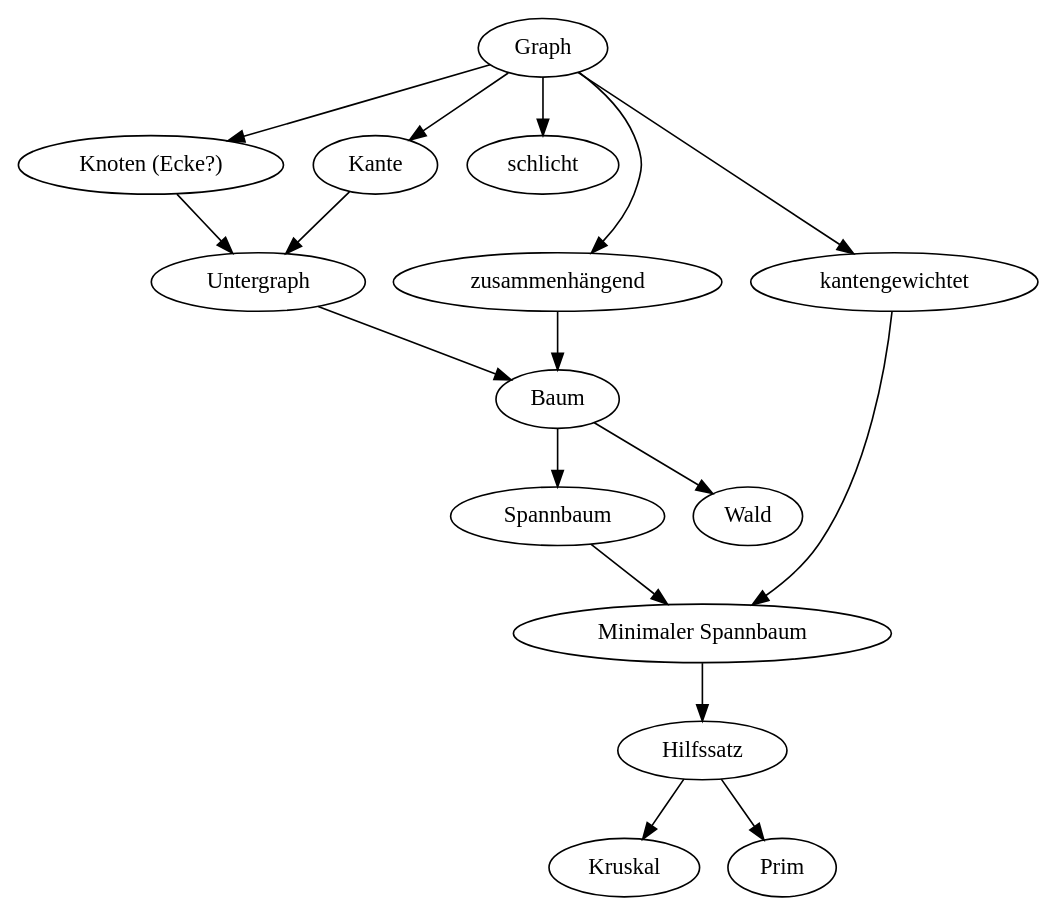
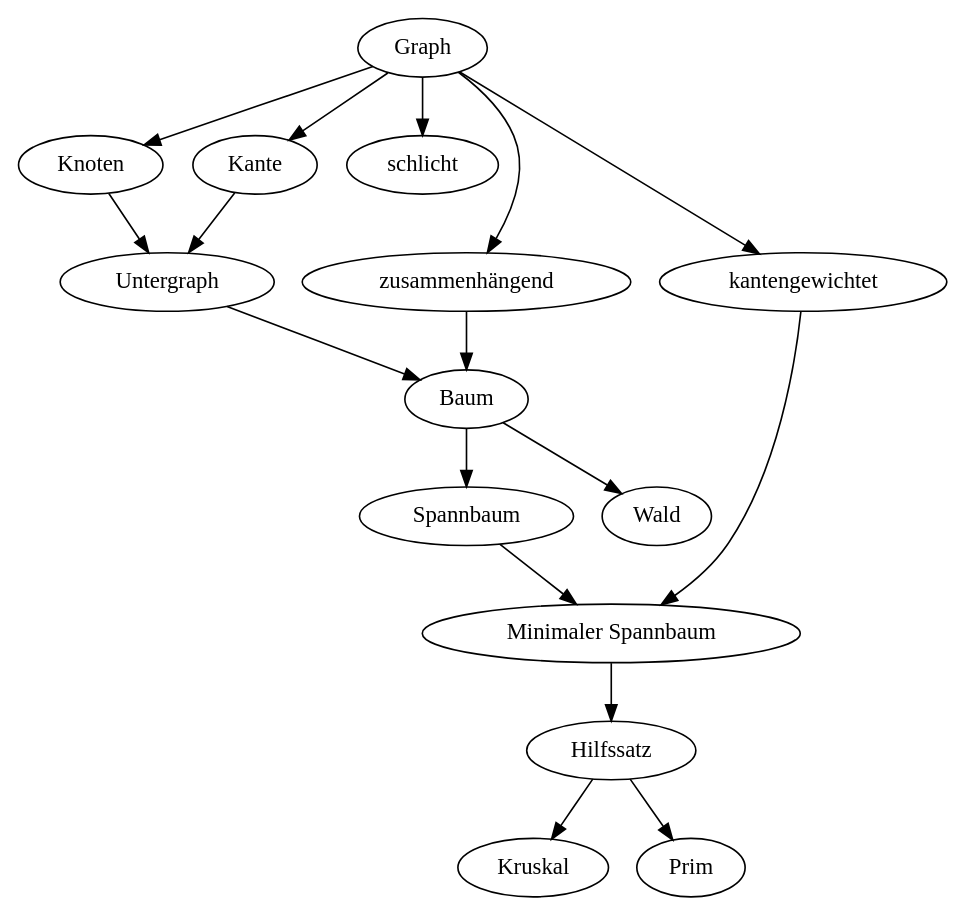
Before and after one commit to microtherion/FD1_HS13_U1_GKMN: the diagram in graph/Lernziele.dot, drawn with Graphviz.

Commit message:
Haben uns auf Knoten geeinigt

```diff
--- a/graph/Lernziele.dot
+++ b/graph/Lernziele.dot
@@ -1,19 +1,18 @@
 digraph C {
-	"Knoten"  [label="Knoten (Ecke?)"];
 	"Graph" -> "Knoten";
 	"Graph" -> "Kante";
 	"Graph" -> "schlicht";
 	"Graph" -> "zusammenhängend";
 	"zusammenhängend" -> "Baum";
 	"Graph" -> "kantengewichtet";
 	"Knoten" -> "Untergraph";
 	"Kante" -> "Untergraph";
 	"Untergraph" -> "Baum";
 	"Baum" -> "Spannbaum";
 	"Baum" -> "Wald";
 	"Spannbaum" -> "Minimaler Spannbaum";
 	"kantengewichtet" -> "Minimaler Spannbaum";
 	"Minimaler Spannbaum" -> "Hilfssatz";
 	"Hilfssatz" -> "Kruskal";
 	"Hilfssatz" -> "Prim";
 }
```
